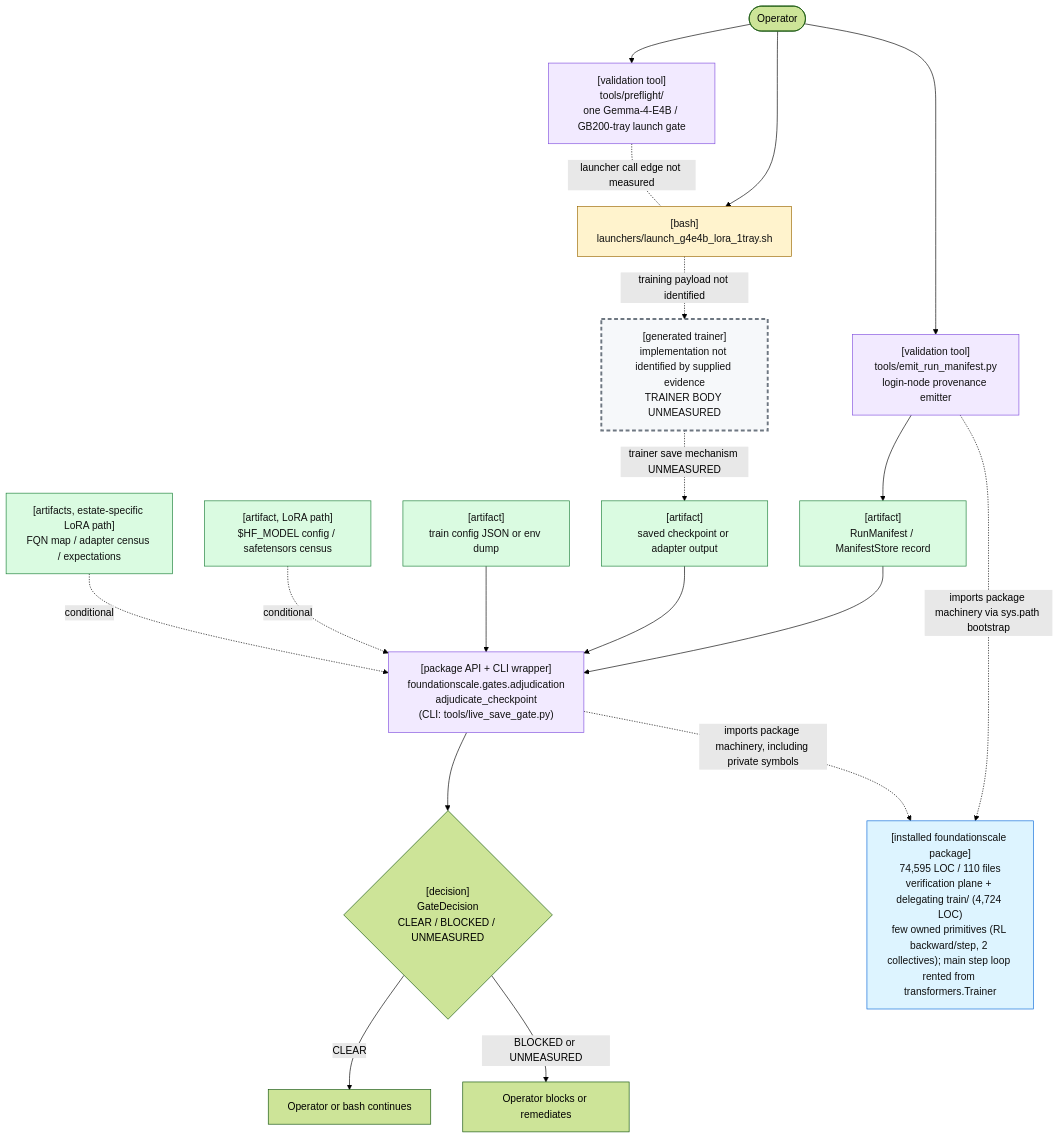
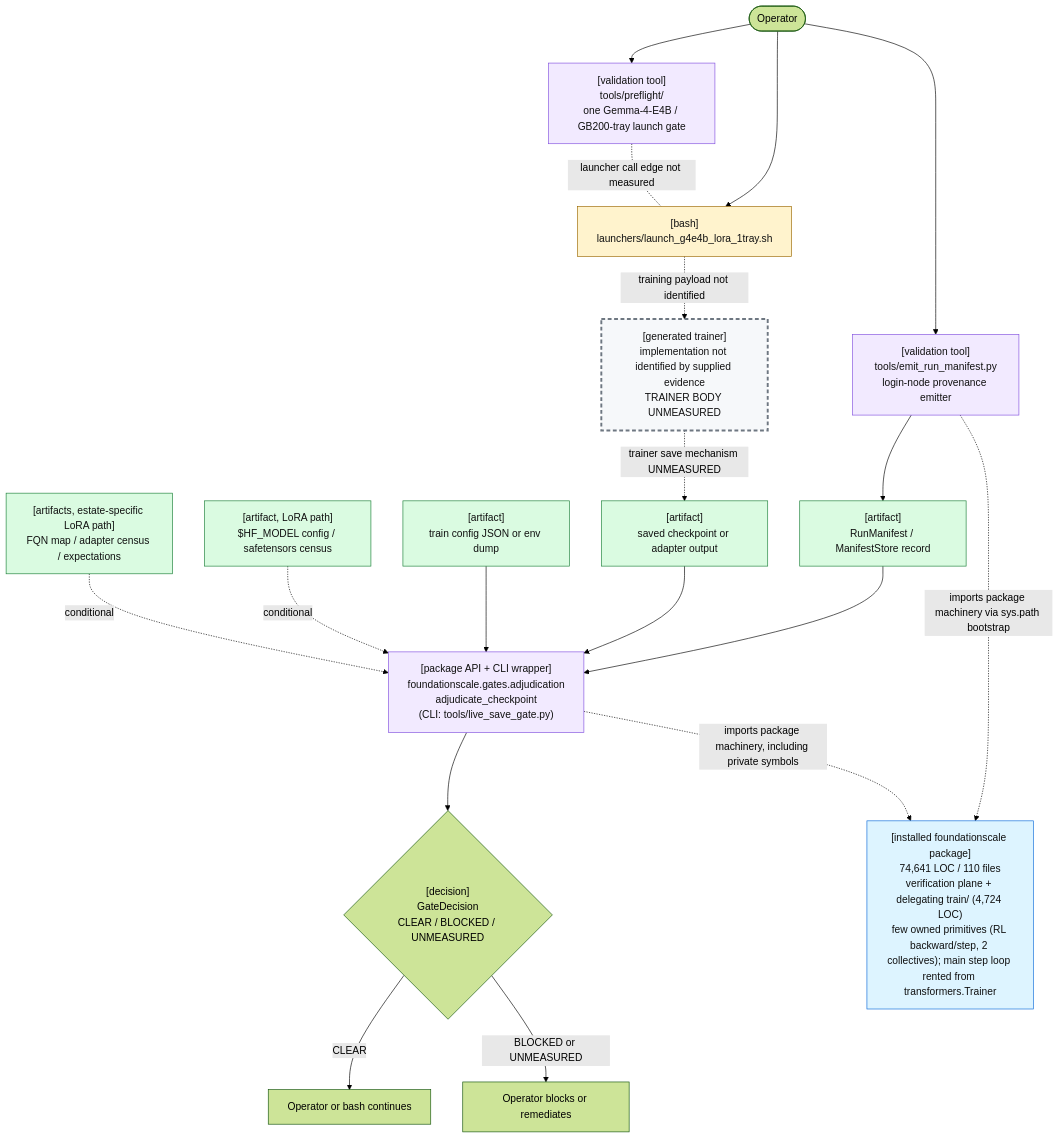
The first of 2 diagrams in docs/review/D2_current_architecture.md (TranNhiem/FoundationScale), drawn with Mermaid (forest theme) before and after one commit. The commit also changed other lines of this file and 17 other files, not shown here.

````diff
--- a/docs/review/D2_current_architecture.md
+++ b/docs/review/D2_current_architecture.md
@@ -25,59 +25,59 @@
 ```mermaid
 flowchart TB
   O(["Operator"])
 
   PF["[validation tool]<br/>tools/preflight/<br/>one Gemma-4-E4B / GB200-tray launch gate"]
   L["[bash]<br/>launchers/launch_g4e4b_lora_1tray.sh"]
 
   E["[validation tool]<br/>tools/emit_run_manifest.py<br/>login-node provenance emitter"]
   M["[artifact]<br/>RunManifest / ManifestStore record"]
 
   T["[generated trainer]<br/>implementation not identified by supplied evidence<br/>TRAINER BODY UNMEASURED"]
   C["[artifact]<br/>saved checkpoint or adapter output"]
 
   G["[package API + CLI wrapper]<br/>foundationscale.gates.adjudication<br/>adjudicate_checkpoint<br/>(CLI: tools/live_save_gate.py)"]
   CFG["[artifact]<br/>train config JSON or env dump"]
   BASE["[artifact, LoRA path]<br/>$HF_MODEL config / safetensors census"]
   CEN["[artifacts, estate-specific LoRA path]<br/>FQN map / adapter census / expectations"]
 
   D{"[decision]<br/>GateDecision<br/>CLEAR / BLOCKED / UNMEASURED"}
   OK["Operator or bash continues"]
   NO["Operator blocks or remediates"]
 
-  PKG["[installed foundationscale package]<br/>74,595 LOC / 110 files<br/>verification plane + delegating train/ (4,724 LOC)<br/>few owned primitives (RL backward/step, 2 collectives); main step loop rented from transformers.Trainer"]
+  PKG["[installed foundationscale package]<br/>74,641 LOC / 110 files<br/>verification plane + delegating train/ (4,724 LOC)<br/>few owned primitives (RL backward/step, 2 collectives); main step loop rented from transformers.Trainer"]
 
   O --> PF
   O --> L
   PF -. "launcher call edge not measured" .- L
 
   O --> E
   E --> M
 
   L -. "training payload not identified" .-> T
   T -. "trainer save mechanism UNMEASURED" .-> C
 
   M --> G
   C --> G
   CFG --> G
   BASE -. "conditional" .-> G
   CEN -. "conditional" .-> G
 
   E -. "imports package machinery via sys.path bootstrap" .-> PKG
   G -. "imports package machinery, including private symbols" .-> PKG
 
   G --> D
   D -->|"CLEAR"| OK
   D -->|"BLOCKED or UNMEASURED"| NO
 
   classDef bash fill:#fff3cd,stroke:#9a6700,color:#111;
   classDef tool fill:#f2eaff,stroke:#8250df,color:#111;
   classDef artifact fill:#dafbe1,stroke:#1a7f37,color:#111;
   classDef gap fill:#f6f8fa,stroke:#6e7781,stroke-width:3px,stroke-dasharray: 6 4,color:#111;
   classDef pkg fill:#ddf4ff,stroke:#0969da,color:#111;
 
   class L bash;
   class PF,E,G tool;
   class M,C,CFG,BASE,CEN artifact;
   class T gap;
   class PKG pkg;
 ```
````
